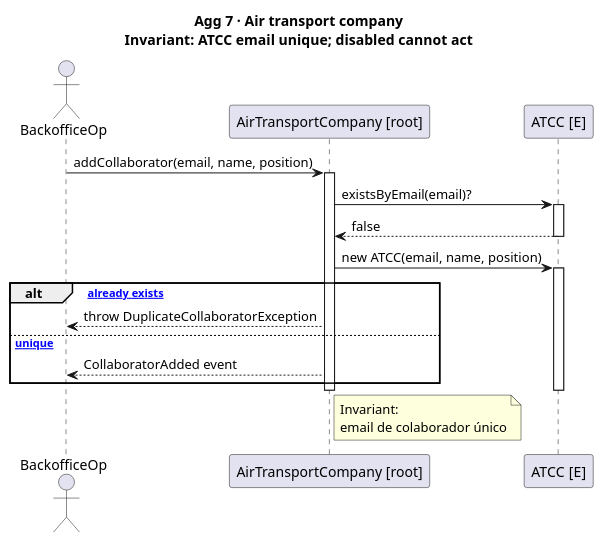
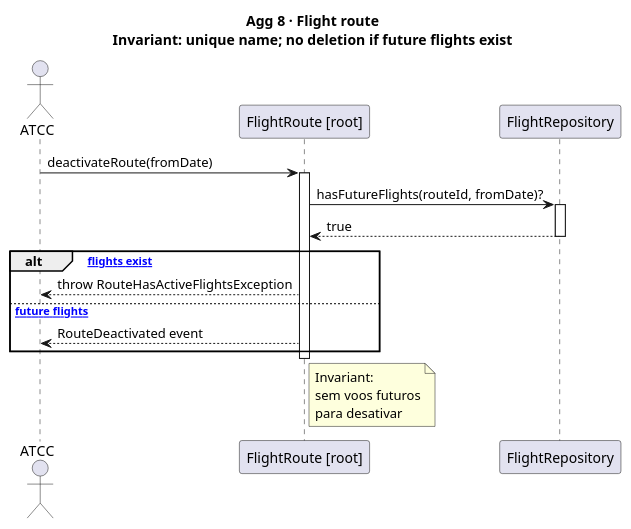
The diagram in docs/Agg07.puml (DuartePinto1240/sem4pi2526-sem4pi2526_2da2), drawn with PlantUML before and after one commit. The commit also changed 12 other files, not shown here.

```diff
--- a/docs/Agg07.puml
+++ b/docs/Agg07.puml
@@ -1,33 +1,30 @@
-@startuml US011_Agg07_AirTransportCompany
-title Agg 7 · Air transport company\nInvariant: ATCC email unique; disabled cannot act
+@startuml US011_Agg08_FlightRoute
+title Agg 8 · Flight route\nInvariant: unique name; no deletion if future flights exist
 
-actor "BackofficeOp" as Op
-participant "AirTransportCompany [root]" as ATC
-participant "ATCC [E]" as ATCC
+actor ATCC
+participant "FlightRoute [root]" as Route
+participant "FlightRepository" as Repo
 
-Op -> ATC : addCollaborator(email, name, position)
-activate ATC
+ATCC -> Route : deactivateRoute(fromDate)
+activate Route
 
-ATC -> ATCC : existsByEmail(email)?
-activate ATCC
-ATCC --> ATC : false
-deactivate ATCC
+Route -> Repo : hasFutureFlights(routeId, fromDate)?
+activate Repo
+Repo --> Route : true
+deactivate Repo
 
-ATC -> ATCC : new ATCC(email, name, position)
-activate ATCC
-
-alt [email already exists]
-    ATC --> Op : throw DuplicateCollaboratorException
-else [email unique]
-    ATC --> Op : CollaboratorAdded event
+alt [future flights exist]
+    Route --> ATCC : throw RouteHasActiveFlightsException
+else [no future flights]
+    Route --> ATCC : RouteDeactivated event
 end
 
-deactivate ATCC
-deactivate ATC
+deactivate Route
 
-note right of ATC
+note right of Route
   Invariant:
-  email de colaborador único
+  sem voos futuros
+  para desativar
 end note
 
 @enduml
```
